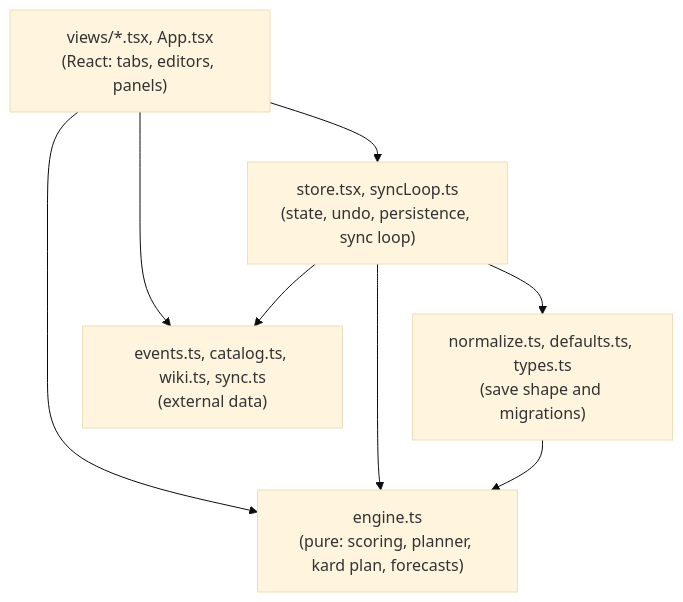
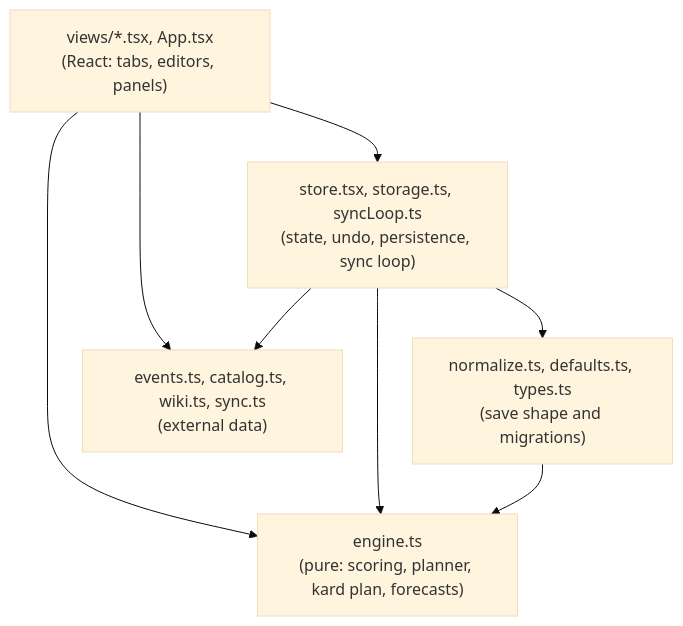
One commit to Simba3696/mkmax changed the second of 3 diagrams in docs/architecture.md. Above: the diagram before and after it, drawn with Mermaid (base theme). The commit also changed other lines of this file and 15 other files, not shown here.

````diff
--- a/docs/architecture.md
+++ b/docs/architecture.md
@@ -31,15 +31,15 @@
 ```mermaid
 flowchart TB
   Views["views/*.tsx, App.tsx<br/>(React: tabs, editors, panels)"]
-  Store["store.tsx, syncLoop.ts<br/>(state, undo, persistence, sync loop)"]
+  Store["store.tsx, storage.ts, syncLoop.ts<br/>(state, undo, persistence, sync loop)"]
   Engine["engine.ts<br/>(pure: scoring, planner, kard plan, forecasts)"]
   Data["normalize.ts, defaults.ts, types.ts<br/>(save shape and migrations)"]
   Ext["events.ts, catalog.ts, wiki.ts, sync.ts<br/>(external data)"]
   Views --> Store
   Views --> Engine
   Views --> Ext
   Store --> Data
   Store --> Engine
   Store --> Ext
   Data --> Engine
 ```
````
